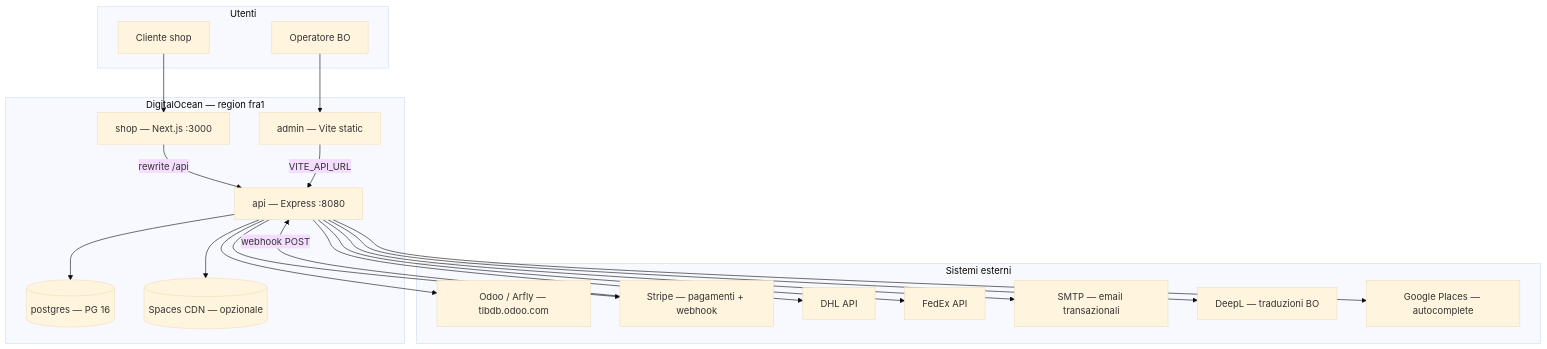
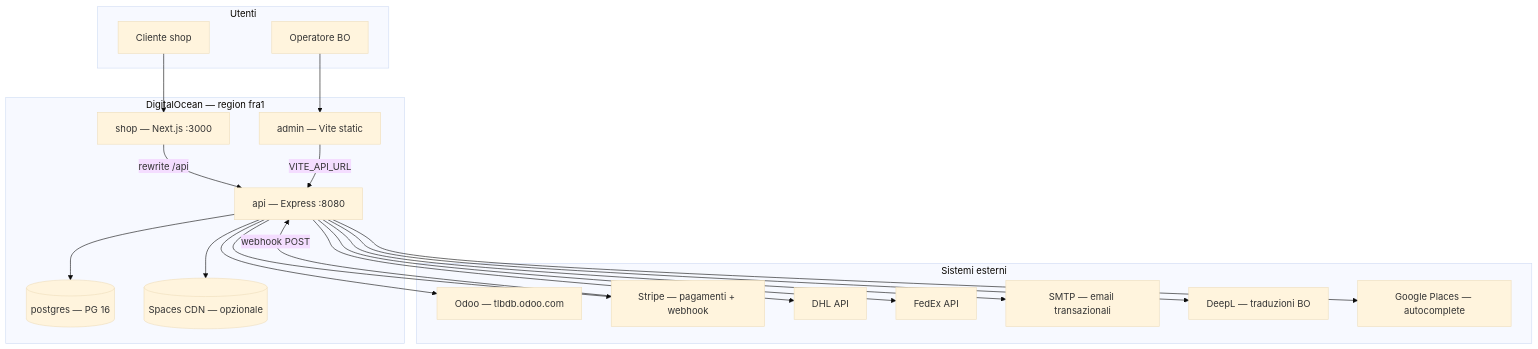
One commit to rzaccardi/ideadiluce-pwa changed the diagram in .do/GO-LIVE.md. Above: the diagram before and after it, drawn with Mermaid (base theme). The commit also changed other lines of this file and 255 other files, not shown here.

First line of the commit message:
feat: rinomina Arfly in OdooCatalog e potenzia ricerca, filtri e admin

````diff
--- a/.do/GO-LIVE.md
+++ b/.do/GO-LIVE.md
@@ -17,40 +17,40 @@
 ```mermaid
 flowchart TB
   subgraph users [Utenti]
     SHOP_USER[Cliente shop]
     ADMIN_USER[Operatore BO]
   end
 
   subgraph do [DigitalOcean — region fra1]
     SHOP[shop — Next.js :3000]
     API[api — Express :8080]
     ADMIN[admin — Vite static]
     PG[(postgres — PG 16)]
     SPACES[(Spaces CDN — opzionale)]
   end
 
   subgraph external [Sistemi esterni]
-    ODOO[Odoo / Arfly — tlbdb.odoo.com]
+    ODOO[Odoo — tlbdb.odoo.com]
     STRIPE[Stripe — pagamenti + webhook]
     DHL[DHL API]
     FEDEX[FedEx API]
     SMTP[SMTP — email transazionali]
     DEEPL[DeepL — traduzioni BO]
     GMAPS[Google Places — autocomplete]
   end
 
   SHOP_USER --> SHOP
   ADMIN_USER --> ADMIN
   SHOP -->|rewrite /api| API
   ADMIN -->|VITE_API_URL| API
   API --> PG
   API --> ODOO
   API --> STRIPE
   API --> DHL
   API --> FEDEX
   API --> SMTP
   API --> DEEPL
   API --> GMAPS
   API --> SPACES
   STRIPE -->|webhook POST| API
 ```
````
